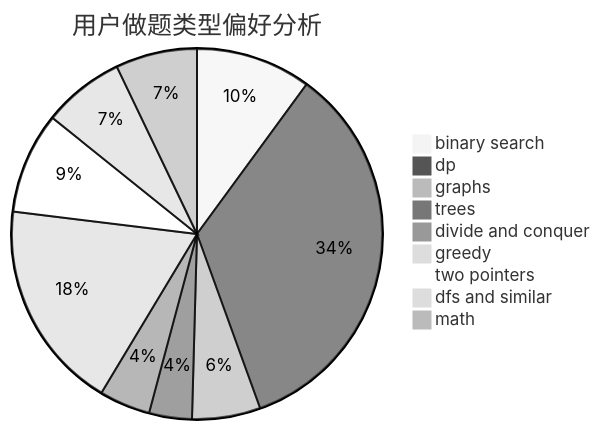
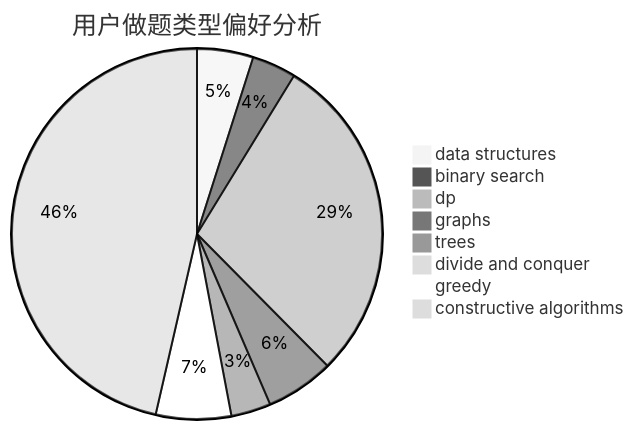
One commit to sherpahu/cfrs.github.io changed the second of 3 diagrams in docs/user/u2643.md. Above: the diagram before and after it, drawn with Mermaid (neutral theme). The commit also changed other lines of this file and 2775 other files, not shown here.

````diff
--- a/docs/user/u2643.md
+++ b/docs/user/u2643.md
@@ -23,12 +23,11 @@
 ```mermaid
 pie title 用户做题类型偏好分析
-    "binary search" :  140
-    "dp" :  479
-    "graphs" :  83
-    "trees" :  52
-    "divide and conquer" :  62
-    "greedy" :  255
-    "two pointers" :  123
-    "dfs and similar" :  99
-    "math" :  99
+    "data structures" :  65
+    "binary search" :  51
+    "dp" :  382
+    "graphs" :  79
+    "trees" :  46
+    "divide and conquer" :  0
+    "greedy" :  87
+    "constructive algorithms" :  615
 ```
````
